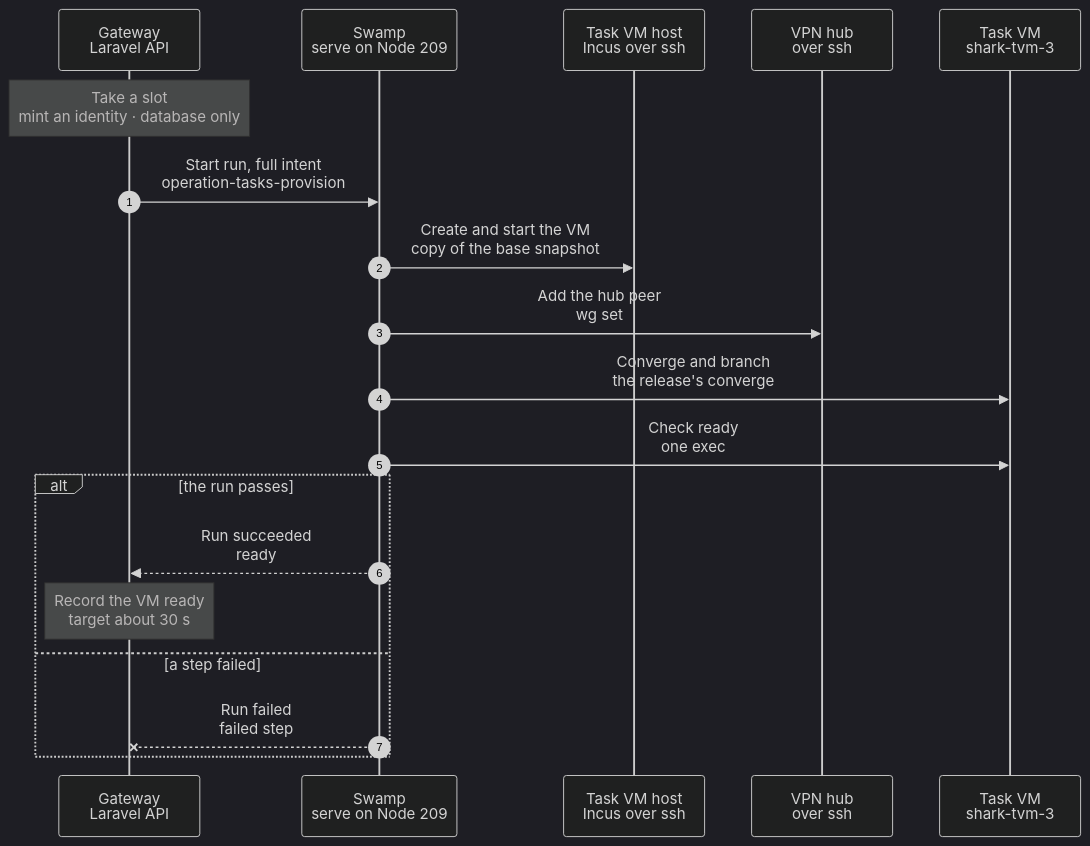
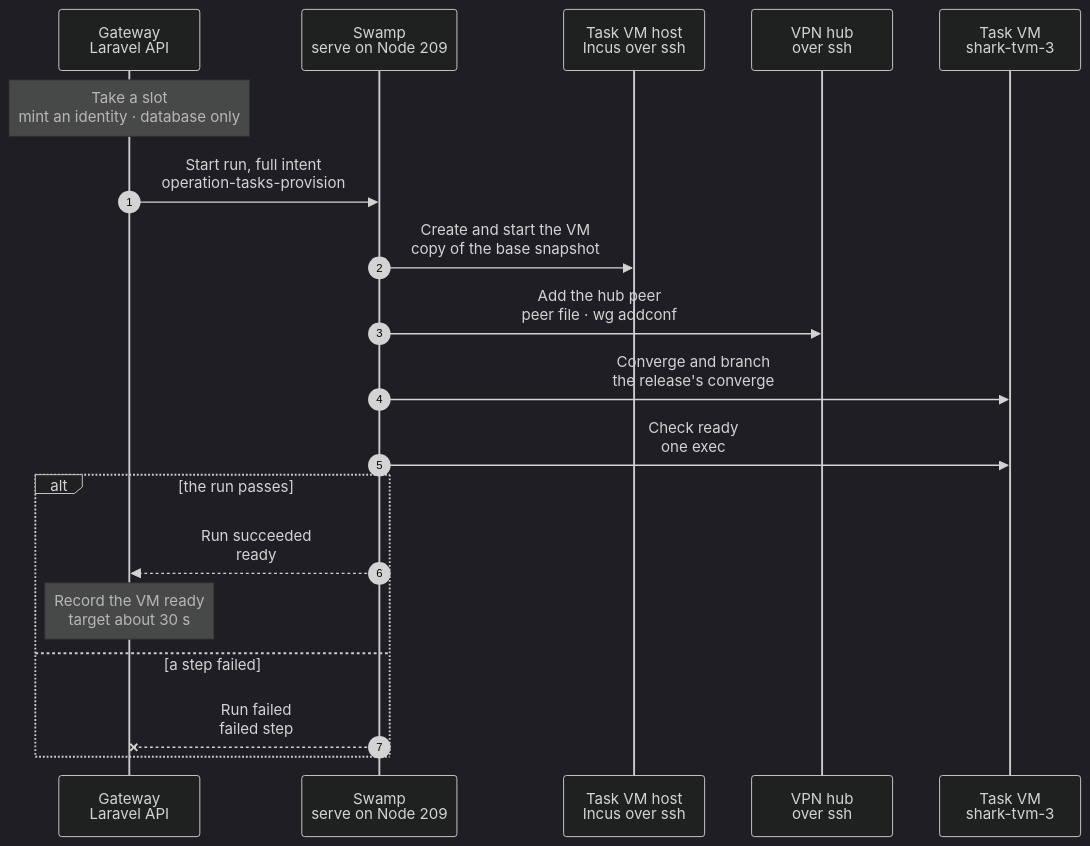
One commit to hardimpactdev/orbit changed the diagram in docs/cli/tasks/provision.mmd. Above: the diagram before and after it, drawn with Mermaid (dark theme). The commit also changed 16 other files, not shown here.

```diff
--- a/docs/cli/tasks/provision.mmd
+++ b/docs/cli/tasks/provision.mmd
@@ -1,47 +1,47 @@
 sequenceDiagram
   %% Target design (agreed with Nick, 2026-11-07): a task start copies the host's base VM snapshot and gives the copy a fresh identity. There are no fixed slot identities: a slot is only a place under the host's capacity (`max_vms`), and the VM is named `<host>-tvm-<n>` by its slot number.
   %% status: draft
   %% command: tasks:provision
   %% kind: tasks.provision
   autonumber
   %% lane GW icon=gateway pill=intent tone=blue
   %% lane SW icon=workflow pill=executes tone=green
   %% lane H icon=server pill=target tone=amber
   %% lane HUB icon=server pill=target tone=purple
   %% lane VM icon=server pill=task VM tone=purple
   participant GW as Gateway<br/>Laravel API
   participant SW as Swamp<br/>serve on Node 209
   participant H as Task VM host<br/>Incus over ssh
   participant HUB as VPN hub<br/>over ssh
   participant VM as Task VM<br/>shark-tvm-3
   Note over GW: Take a slot<br/>mint an identity · database only
   %%> Started by:
   %%> - `tasks:provision` for a todo group, from proof CI or feature work
   %%> Result:
   %%> - the lowest free slot number under the capacity of the host with the most room: `shark-tvm-3`
   %%> - a fresh identity: the Node record with its `app-dev` role, a WireGuard key pair, the agent secret and an SSH host key, pinned on the Node from the start so nothing is read back
   %%> - the claim's Pi token and model key in the vault
   GW->>SW: Start run, full intent<br/>operation-tasks-provision
   SW->>H: Create and start the VM<br/>copy of the base snapshot
   %%> What it does:
   %%> - one host exec: `incus copy` of the base VM's recorded snapshot and a clone of its seed snapshot (ZFS clones), the identity and the claim's keys written from the vault on stdin, then `incus start` and the services that use them
   %%> - the containers start by themselves (`boot.autostart`) and already hold the proof Swamp Club key of the base
-  SW->>HUB: Add the hub peer<br/>wg set
+  SW->>HUB: Add the hub peer<br/>peer file · wg addconf
   %%> Runs beside the step before it: Swamp starts both at once.
   %%> What it does:
   %%> - the VM's public key and address on the WireGuard hub, while the VM boots; the claim's model key goes to the model router beside it
   SW->>VM: Converge and branch<br/>the release's converge
   %%> What it does:
   %%> - the same Ansible converge as the release refresh; with no delta every part is skipped, and it catches up a small delta when main moved since the last release
   %%> - then the new task branch on the checkout; it waits for no nested service
   SW->>VM: Check ready<br/>one exec
   %%> What it does:
   %%> - what a task needs: the agent, Pi, the tunnel and the three containers running; Swamp's `assert` decides
   alt the run passes
     SW-->>GW: Run succeeded<br/>ready
     Note over GW: Record the VM ready<br/>target about 30 s
   else a step failed
     SW--xGW: Run failed<br/>failed step
     %%> On failure:
     %%> - the release runs: the VM, its seed clone, the hub peer, the keys and the Node record go, and the slot is free
   end
```
